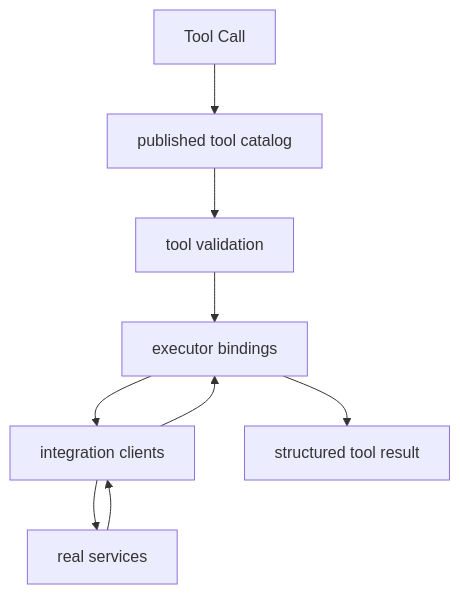
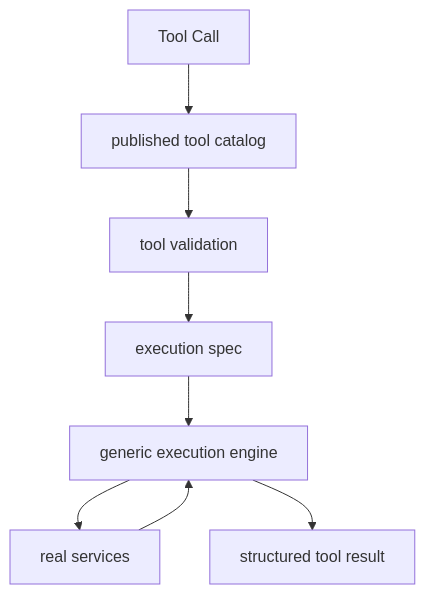
The fourth of 4 diagrams in docs/ARCHITECTURE.md (psyeo2/Clankassist), drawn with Mermaid before and after one commit. The commit also changed other lines of this file, not shown here.

Commit message:
update architecture expectation

````diff
--- a/docs/ARCHITECTURE.md
+++ b/docs/ARCHITECTURE.md
@@ -203,12 +211,11 @@
 ```mermaid
 flowchart TD
 
 call[Tool Call] --> catalog[published tool catalog]
 catalog --> validation[tool validation]
-validation --> executors[executor bindings]
-executors --> integrations[integration clients]
-integrations --> services[real services]
-services --> integrations
-integrations --> executors
-executors --> output[structured tool result]
+validation --> spec[execution spec]
+spec --> engine[generic execution engine]
+engine --> services[real services]
+services --> engine
+engine --> output[structured tool result]
 ```
````
